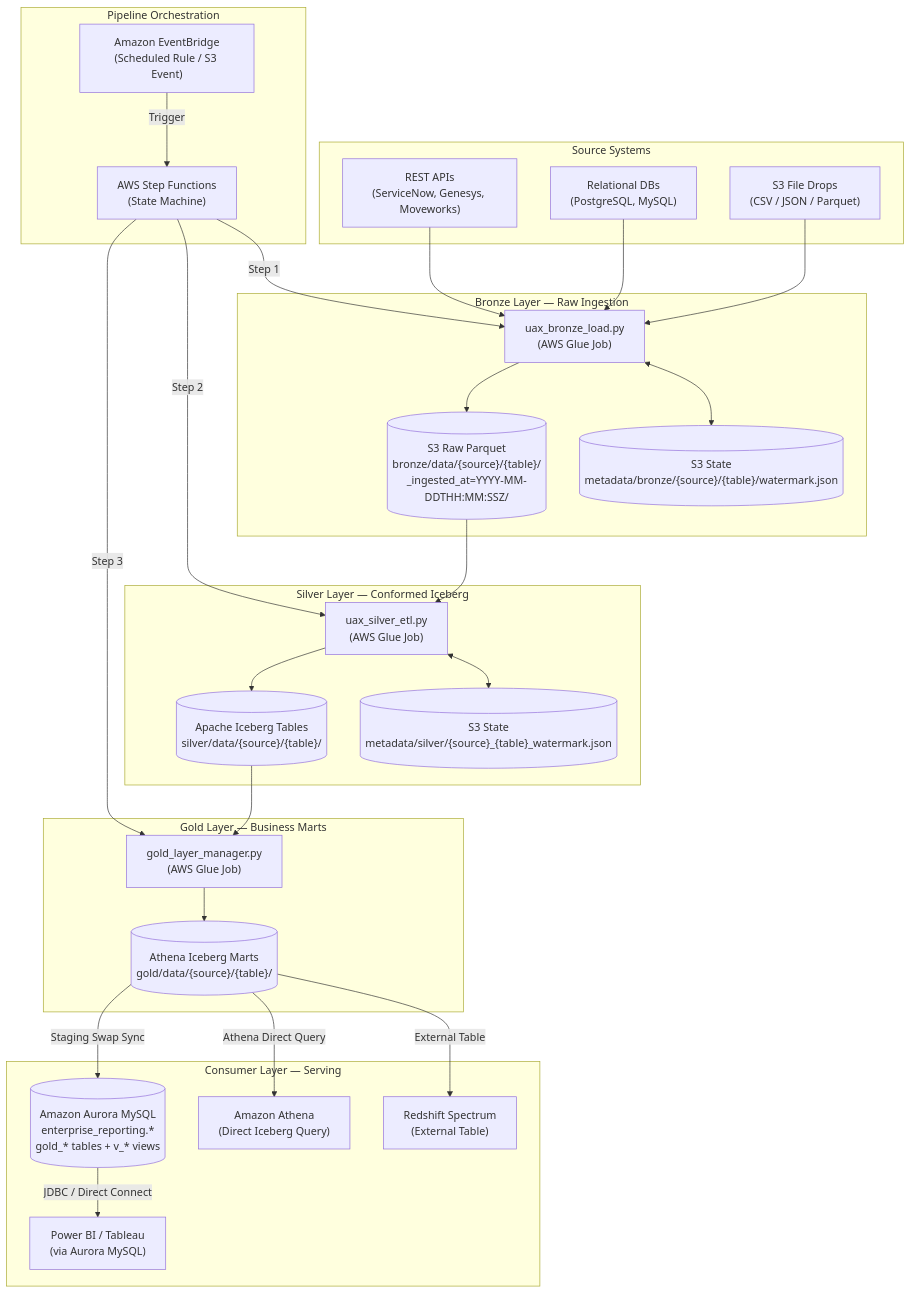
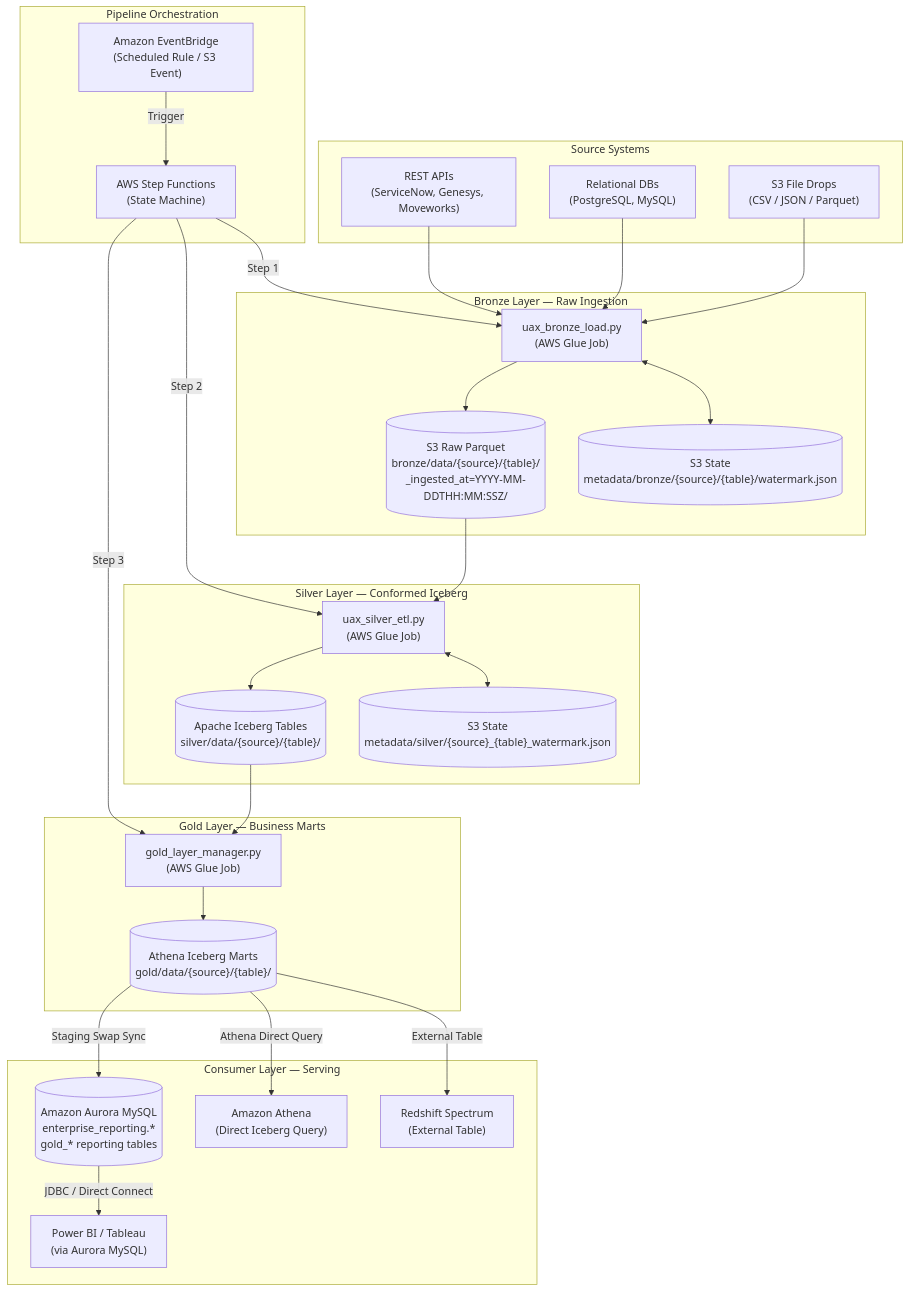
One commit to Nilkamal-m/Data-pipeline changed the first of 2 diagrams in docs/ARCHITECTURE.md. Above: the diagram before and after it, drawn with Mermaid. The commit also changed other lines of this file and 7 other files, not shown here.

````diff
--- a/docs/ARCHITECTURE.md
+++ b/docs/ARCHITECTURE.md
@@ -15,61 +15,61 @@
 ```mermaid
 flowchart TD
     subgraph Orchestration["Pipeline Orchestration"]
         EB["Amazon EventBridge\n(Scheduled Rule / S3 Event)"]
         SF["AWS Step Functions\n(State Machine)"]
         EB -->|Trigger| SF
     end
 
     subgraph Sources["Source Systems"]
         REST["REST APIs\n(ServiceNow, Genesys, Moveworks)"]
         DB["Relational DBs\n(PostgreSQL, MySQL)"]
         S3SRC["S3 File Drops\n(CSV / JSON / Parquet)"]
     end
 
     subgraph Bronze["Bronze Layer — Raw Ingestion"]
         BJ["uax_bronze_load.py\n(AWS Glue Job)"]
         BS3[("S3 Raw Parquet\nbronze/data/{source}/{table}/\n_ingested_at=YYYY-MM-DDTHH:MM:SSZ/")]
         BWMK[("S3 State\nmetadata/bronze/{source}/{table}/watermark.json")]
     end
 
     subgraph Silver["Silver Layer — Conformed Iceberg"]
         SJ["uax_silver_etl.py\n(AWS Glue Job)"]
         SICEBERG[("Apache Iceberg Tables\nsilver/data/{source}/{table}/")]
         SWMK[("S3 State\nmetadata/silver/{source}_{table}_watermark.json")]
     end
 
     subgraph Gold["Gold Layer — Business Marts"]
         GJ["gold_layer_manager.py\n(AWS Glue Job)"]
         GICEBERG[("Athena Iceberg Marts\ngold/data/{source}/{table}/")]
     end
 
     subgraph Consumer["Consumer Layer — Serving"]
-        AURORA[("Amazon Aurora MySQL\nenterprise_reporting.*\ngold_* tables + v_* views")]
+        AURORA[("Amazon Aurora MySQL\nenterprise_reporting.*\ngold_* reporting tables")]
         ATHENA["Amazon Athena\n(Direct Iceberg Query)"]
         BI["Power BI / Tableau\n(via Aurora MySQL)"]
         RS["Redshift Spectrum\n(External Table)"]
     end
 
     SF -->|Step 1| BJ
     SF -->|Step 2| SJ
     SF -->|Step 3| GJ
 
     REST --> BJ
     DB --> BJ
     S3SRC --> BJ
 
     BJ --> BS3
     BJ <--> BWMK
 
     BS3 --> SJ
     SJ --> SICEBERG
     SJ <--> SWMK
 
     SICEBERG --> GJ
     GJ --> GICEBERG
 
     GICEBERG -->|Athena Direct Query| ATHENA
     GICEBERG -->|Staging Swap Sync| AURORA
     GICEBERG -->|External Table| RS
     AURORA -->|JDBC / Direct Connect| BI
 ```
````
